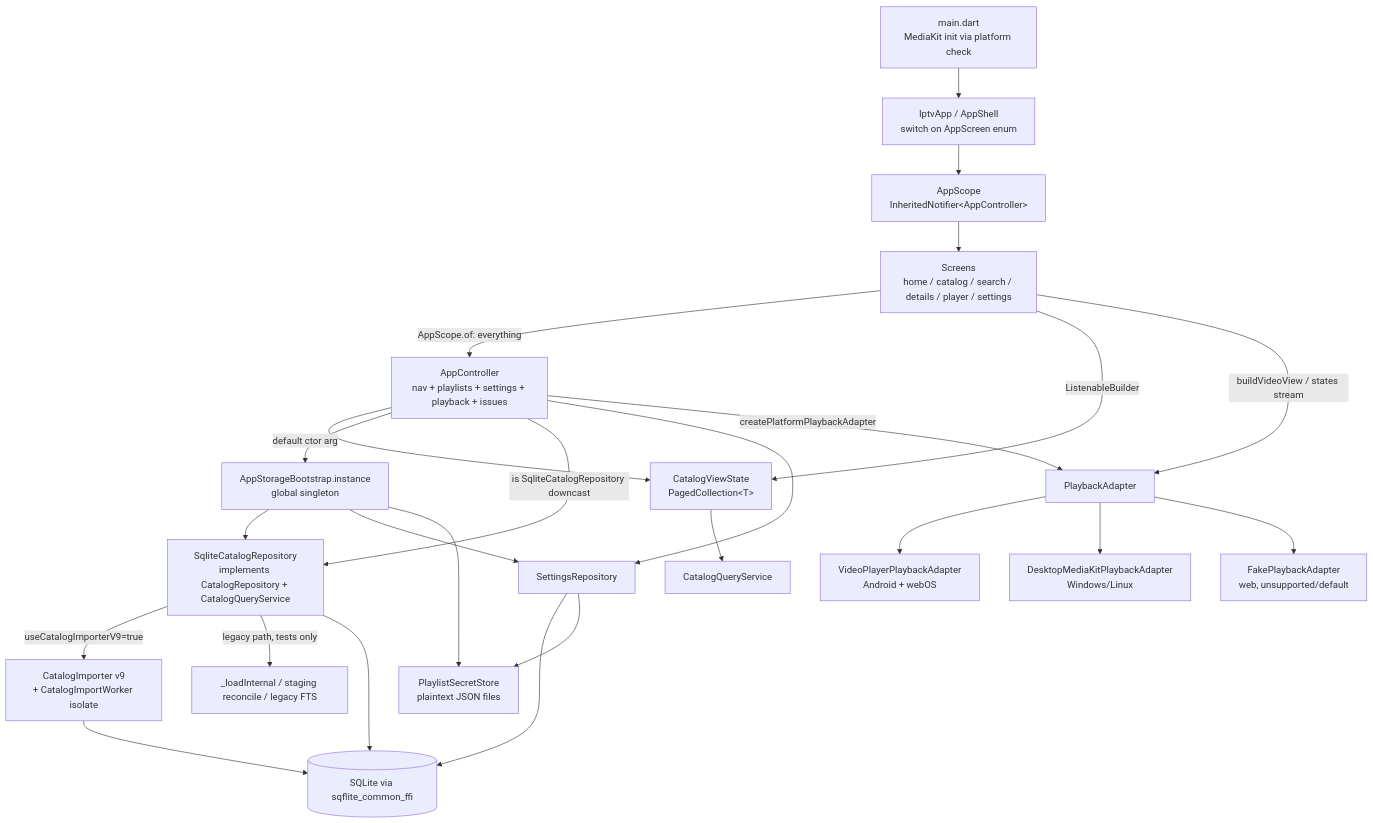
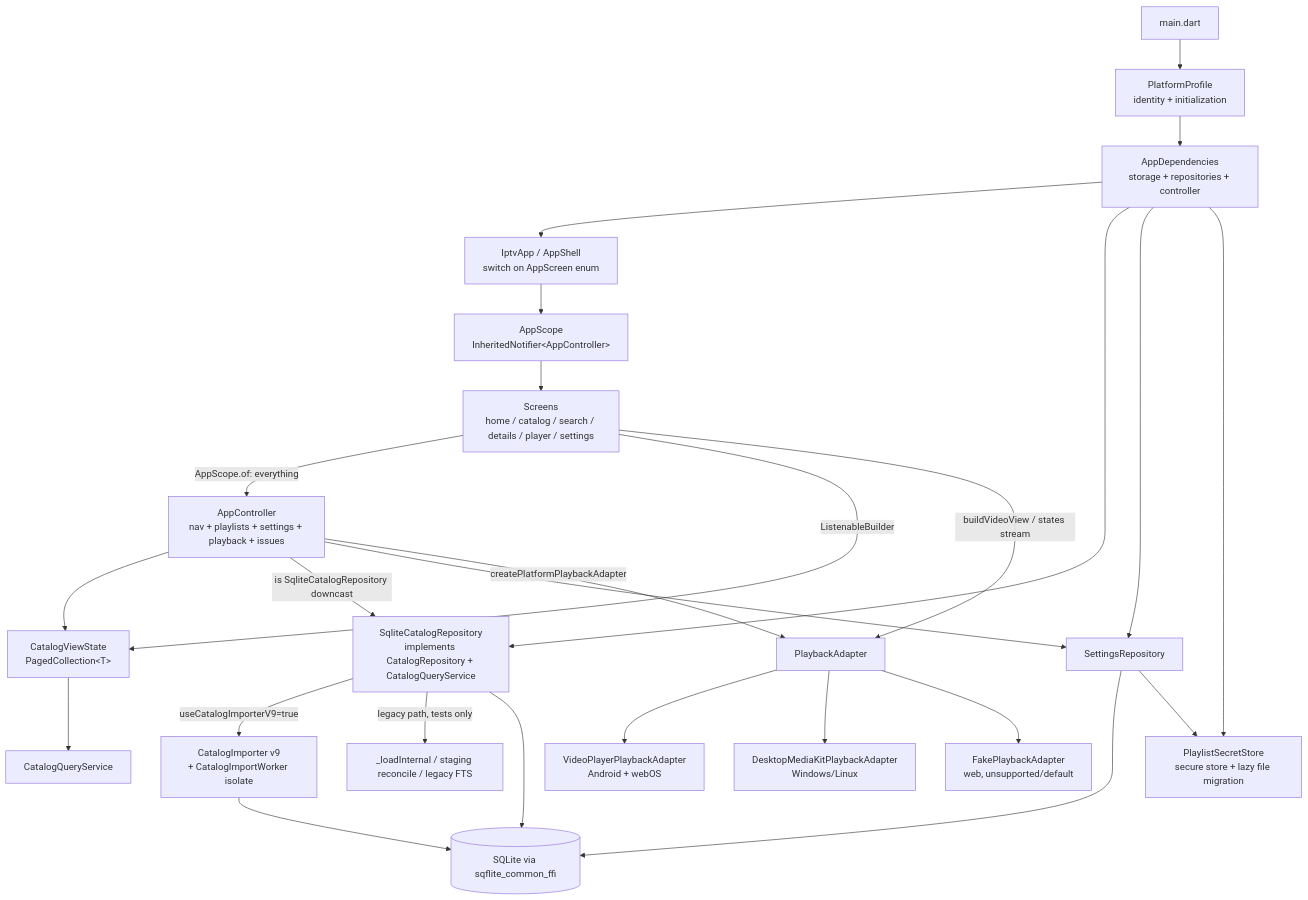
Before and after one commit to mattiasvartiainen/iptv-flutter: the diagram in docs/architecture-code-improvements.md, drawn with Mermaid. The commit also changed other lines of this file and 11 other files, not shown here.

````diff
--- a/docs/architecture-code-improvements.md
+++ b/docs/architecture-code-improvements.md
@@ -109,27 +109,28 @@
 ```mermaid
 flowchart TD
-    main[main.dart<br/>MediaKit init via platform check] --> app[IptvApp / AppShell<br/>switch on AppScreen enum]
-    app --> scope[AppScope<br/>InheritedNotifier&lt;AppController&gt;]
-    scope --> screens[Screens<br/>home / catalog / search / details / player / settings]
-    screens -->|AppScope.of: everything| ctrl[AppController<br/>nav + playlists + settings + playback + issues]
-    screens -->|ListenableBuilder| cvs[CatalogViewState<br/>PagedCollection&lt;T&gt;]
-    screens -->|buildVideoView / states stream| pa[PlaybackAdapter]
-    ctrl --> cvs
-    ctrl -->|default ctor arg| boot[AppStorageBootstrap.instance<br/>global singleton]
-    ctrl -->|is SqliteCatalogRepository downcast| repo
-    ctrl --> settings[SettingsRepository]
-    ctrl -->|createPlatformPlaybackAdapter| pa
-    cvs --> qs[CatalogQueryService]
-    boot --> repo[SqliteCatalogRepository<br/>implements CatalogRepository + CatalogQueryService]
-    boot --> settings
-    boot --> secrets[PlaylistSecretStore<br/>plaintext JSON files]
-    repo -->|useCatalogImporterV9=true| importer[CatalogImporter v9<br/>+ CatalogImportWorker isolate]
-    repo -->|legacy path, tests only| legacy[_loadInternal / staging reconcile / legacy FTS]
-    repo --> db[(SQLite via sqflite_common_ffi)]
-    importer --> db
-    settings --> db
-    settings --> secrets
-    pa --> vp[VideoPlayerPlaybackAdapter<br/>Android + webOS]
-    pa --> mk[DesktopMediaKitPlaybackAdapter<br/>Windows/Linux]
-    pa --> fake[FakePlaybackAdapter<br/>web, unsupported/default]
+  main[main.dart] --> profile[PlatformProfile<br/>identity + initialization]
+  profile --> deps[AppDependencies<br/>storage + repositories + controller]
+  deps --> app[IptvApp / AppShell<br/>switch on AppScreen enum]
+  app --> scope[AppScope<br/>InheritedNotifier&lt;AppController&gt;]
+  scope --> screens[Screens<br/>home / catalog / search / details / player / settings]
+  screens -->|AppScope.of: everything| ctrl[AppController<br/>nav + playlists + settings + playback + issues]
+  screens -->|ListenableBuilder| cvs[CatalogViewState<br/>PagedCollection&lt;T&gt;]
+  screens -->|buildVideoView / states stream| pa[PlaybackAdapter]
+  ctrl --> cvs
+  ctrl -->|is SqliteCatalogRepository downcast| repo
+  ctrl --> settings[SettingsRepository]
+  ctrl -->|createPlatformPlaybackAdapter| pa
+  cvs --> qs[CatalogQueryService]
+  deps --> repo[SqliteCatalogRepository<br/>implements CatalogRepository + CatalogQueryService]
+  deps --> settings
+  deps --> secrets[PlaylistSecretStore<br/>secure store + lazy file migration]
+  repo -->|useCatalogImporterV9=true| importer[CatalogImporter v9<br/>+ CatalogImportWorker isolate]
+  repo -->|legacy path, tests only| legacy[_loadInternal / staging reconcile / legacy FTS]
+  repo --> db[(SQLite via sqflite_common_ffi)]
+  importer --> db
+  settings --> db
+  settings --> secrets
+  pa --> vp[VideoPlayerPlaybackAdapter<br/>Android + webOS]
+  pa --> mk[DesktopMediaKitPlaybackAdapter<br/>Windows/Linux]
+  pa --> fake[FakePlaybackAdapter<br/>web, unsupported/default]
 ```
````
